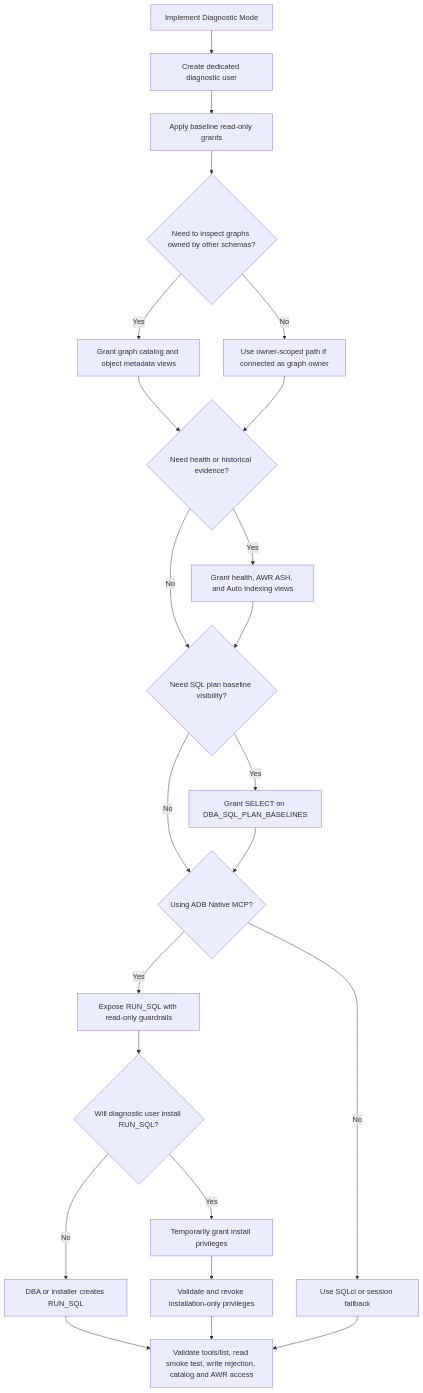
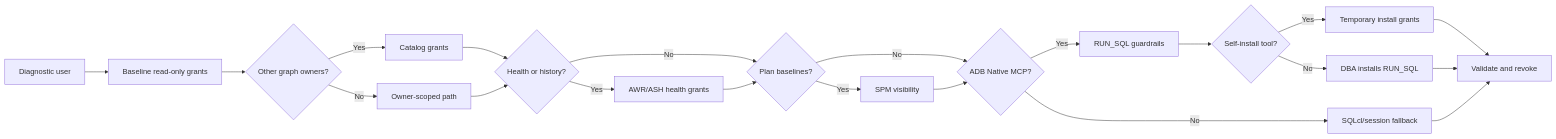
One commit to Diegoecab/oracle-graph-dba-advisor changed the diagram in docs/diagnostic-mode-minimum-prereqs.md. Above: the diagram before and after it, drawn with Mermaid.

Commit message:
Compact diagnostic grant flow diagram

````diff
--- a/docs/diagnostic-mode-minimum-prereqs.md
+++ b/docs/diagnostic-mode-minimum-prereqs.md
@@ -97,30 +97,23 @@
 ```mermaid
-flowchart TD
-    A["Implement Diagnostic Mode"] --> B["Create dedicated diagnostic user"]
-    B --> C["Apply baseline read-only grants"]
-    C --> D{"Need to inspect graphs owned by other schemas?"}
-    D -->|Yes| E["Grant graph catalog and object metadata views"]
-    D -->|No| F["Use owner-scoped path if connected as graph owner"]
-
-    E --> G{"Need health or historical evidence?"}
-    F --> G
-    G -->|Yes| H["Grant health, AWR ASH, and Auto Indexing views"]
-    G -->|No| J{"Need SQL plan baseline visibility?"}
-
-    H --> J
-    J -->|Yes| K["Grant SELECT on DBA_SQL_PLAN_BASELINES"]
-    J -->|No| L{"Using ADB Native MCP?"}
-    K --> L
-
-    L -->|Yes| M["Expose RUN_SQL with read-only guardrails"]
-    L -->|No| N["Use SQLcl or session fallback"]
-
-    M --> O{"Will diagnostic user install RUN_SQL?"}
-    O -->|No| P["DBA or installer creates RUN_SQL"]
-    O -->|Yes| Q["Temporarily grant install privileges"]
-    Q --> R["Validate and revoke installation-only privileges"]
-
-    P --> S["Validate tools/list, read smoke test, write rejection, catalog and AWR access"]
-    R --> S
-    N --> S
+flowchart LR
+    A["Diagnostic user"] --> B["Baseline read-only grants"]
+    B --> C{"Other graph owners?"}
+    C -->|Yes| D["Catalog grants"]
+    C -->|No| E["Owner-scoped path"]
+    D --> F{"Health or history?"}
+    E --> F
+    F -->|Yes| G["AWR/ASH health grants"]
+    F -->|No| H{"Plan baselines?"}
+    G --> H
+    H -->|Yes| I["SPM visibility"]
+    H -->|No| J{"ADB Native MCP?"}
+    I --> J
+    J -->|Yes| K["RUN_SQL guardrails"]
+    J -->|No| L["SQLcl/session fallback"]
+    K --> M{"Self-install tool?"}
+    M -->|Yes| N["Temporary install grants"]
+    M -->|No| O["DBA installs RUN_SQL"]
+    N --> P["Validate and revoke"]
+    O --> P
+    L --> P
 ```
````
